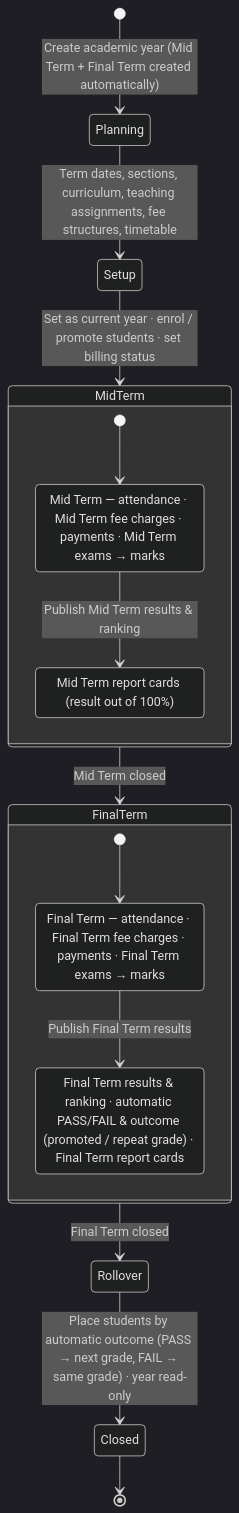
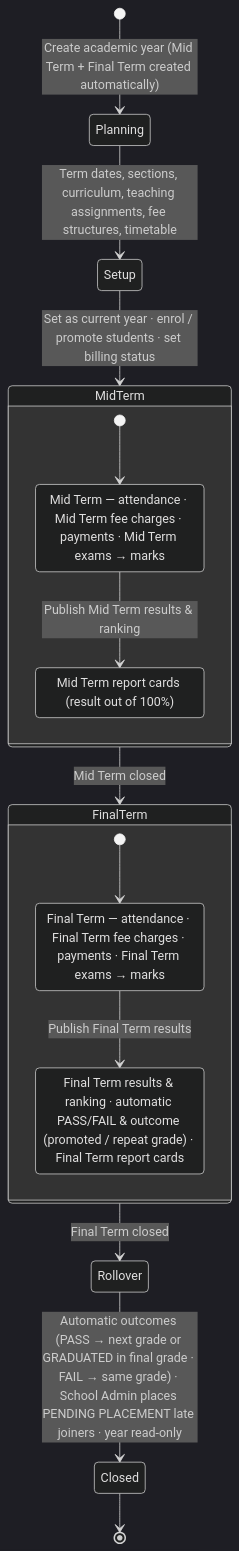
Before and after one commit to ismacil87/Gol-khatumo: the second of 2 diagrams in docs/phase-1/05-modules.md, drawn with Mermaid (dark theme). The commit also changed 7 other files, not shown here.

First line of the commit message:
docs: resolve decimal precision, graduation, late joiners and ranking ties

````diff
--- a/docs/phase-1/05-modules.md
+++ b/docs/phase-1/05-modules.md
@@ -87,22 +87,22 @@
 ```mermaid
 stateDiagram-v2
   [*] --> Planning: Create academic year (Mid Term + Final Term created automatically)
   Planning --> Setup: Term dates, sections, curriculum, teaching assignments, fee structures, timetable
   Setup --> MidTerm: Set as current year · enrol / promote students · set billing status
   state MidTerm {
     [*] --> MT_Run
     MT_Run: Mid Term — attendance · Mid Term fee charges · payments · Mid Term exams → marks
     MT_Run --> MT_Pub: Publish Mid Term results & ranking
     MT_Pub: Mid Term report cards (result out of 100%)
   }
   MidTerm --> FinalTerm: Mid Term closed
   state FinalTerm {
     [*] --> FT_Run
     FT_Run: Final Term — attendance · Final Term fee charges · payments · Final Term exams → marks
     FT_Run --> FT_Pub: Publish Final Term results
     FT_Pub: Final Term results & ranking · automatic PASS/FAIL & outcome (promoted / repeat grade) · Final Term report cards
   }
   FinalTerm --> Rollover: Final Term closed
-  Rollover --> Closed: Place students by automatic outcome (PASS → next grade, FAIL → same grade) · year read-only
+  Rollover --> Closed: Automatic outcomes (PASS → next grade or GRADUATED in final grade · FAIL → same grade) · School Admin places PENDING PLACEMENT late joiners · year read-only
   Closed --> [*]
 ```
````
